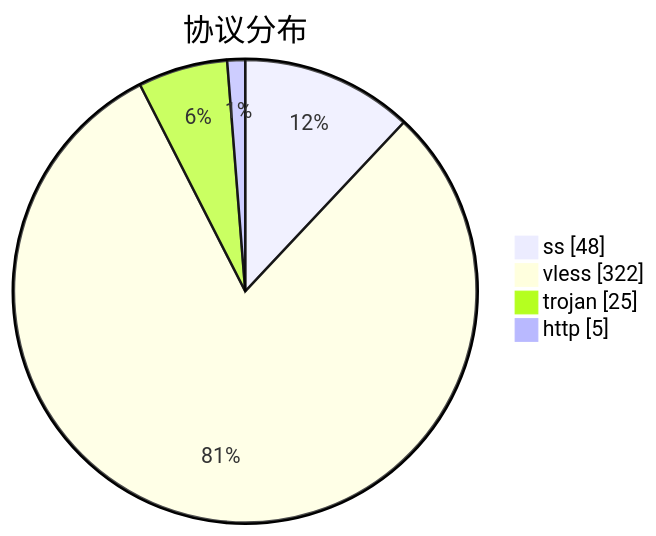
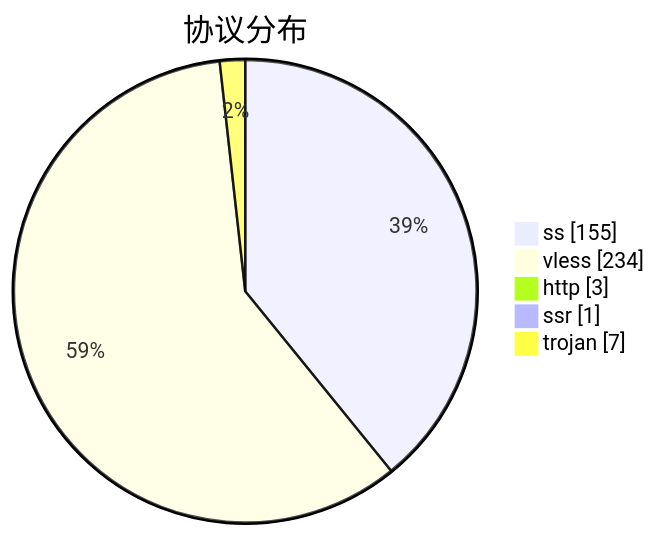
One commit to qjlxg/airport changed the third of 3 diagrams in subs/statistics/tested_within.md. Above: the diagram before and after it, drawn with Mermaid. The commit also changed other lines of this file and 2 other files, not shown here.

````diff
--- a/subs/statistics/tested_within.md
+++ b/subs/statistics/tested_within.md
@@ -31,8 +35,9 @@
 ```mermaid
 pie showData
 title 协议分布
-"ss" : 48
-"vless" : 322
-"trojan" : 25
-"http" : 5
+"ss" : 155
+"vless" : 234
+"http" : 3
+"ssr" : 1
+"trojan" : 7
 ```
````
